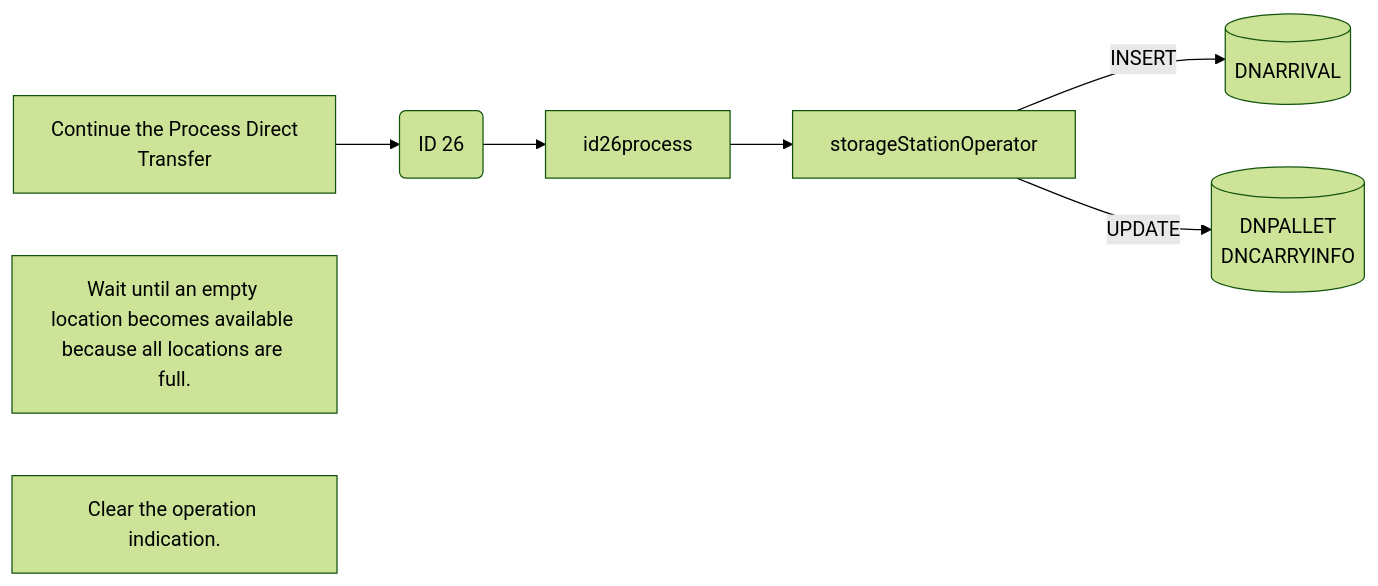
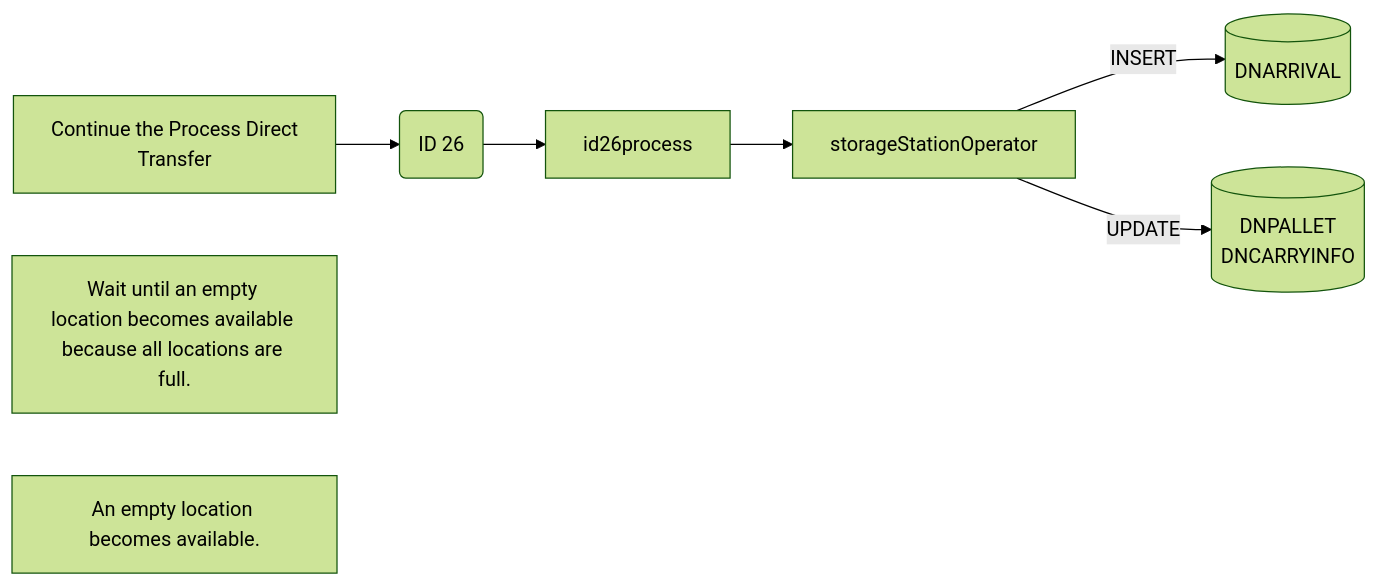
Before and after one commit to luthfiadityaa/SimeDarby-Wiki: the fifth of 16 diagrams in Basic-Design/DFD-WMS/Storage/Palletizing-Settting/Irregular-Cases.md, drawn with Mermaid (forest theme).

Commit message:
Updated Irregular Cases

```diff
--- a/Basic-Design/DFD-WMS/Storage/Palletizing-Settting/Irregular-Cases.md
+++ b/Basic-Design/DFD-WMS/Storage/Palletizing-Settting/Irregular-Cases.md
@@ -234,35 +234,35 @@
 ::: mermaid
 flowchart LR
 
 releaseCommand["
 Continue the Process Direct 
 Transfer
 "]
 
 id26msg("
 ID 26
 ")
 
 id26-insert[("
 DNARRIVAL
 ")]
 
 id26-update[("
 DNPALLET
 DNCARRYINFO
 ")];
 
 releaseCommand2["
 Wait until an empty location becomes available because all locations are full.
 "]
 
 releaseCommand3["
-Clear the operation indication. 
+An empty location becomes available. 
 "]
 
 storageStationOperator[storageStationOperator]
 
 releaseCommand-->id26msg-->id26process-->storageStationOperator
 storageStationOperator--> |INSERT| id26-insert
 storageStationOperator--> |UPDATE| id26-update
 :::
```
